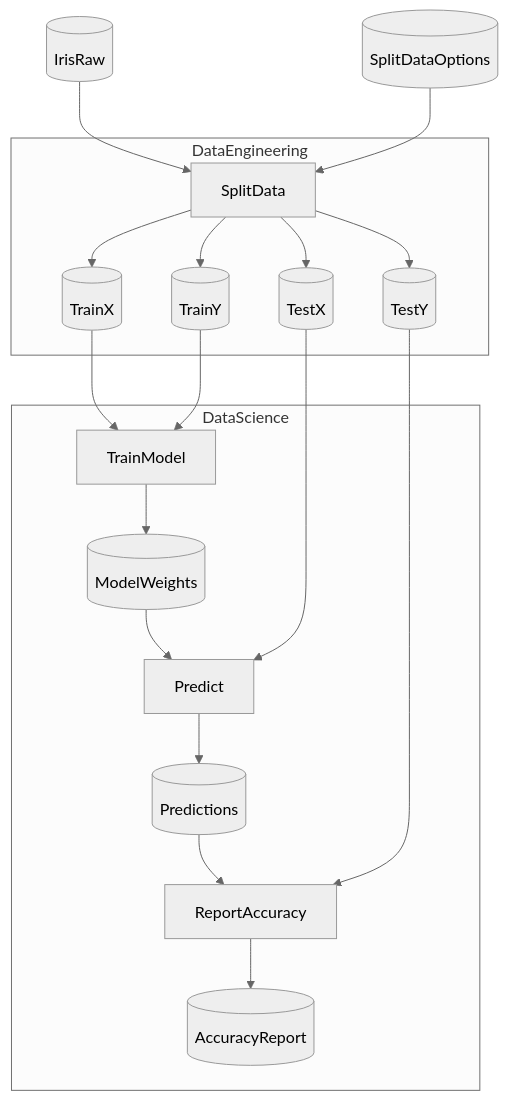
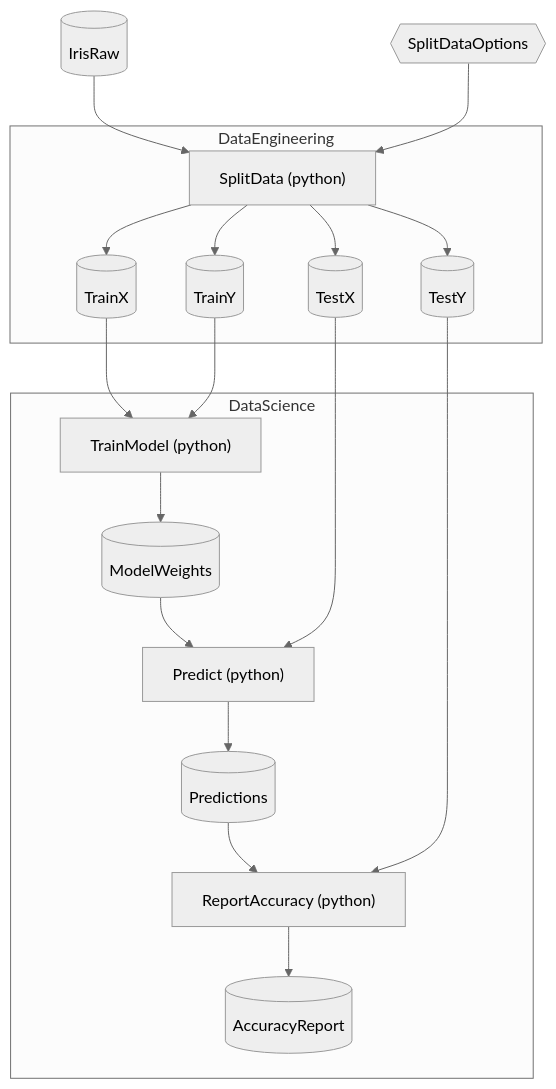
Before and after one commit to chaoticgoodcomputing/flowthru: the diagram in examples/starter/IrisPython/README.md, drawn with Mermaid (neutral theme). The commit also changed other lines of this file and 16 other files, not shown here.

Commit message:
docs: update README examples with new mermaid output

````diff
--- a/examples/starter/IrisPython/README.md
+++ b/examples/starter/IrisPython/README.md
@@ -42,42 +42,42 @@
 ```mermaid
 flowchart TB
 
     %% External Data Inputs
     IrisRaw[("IrisRaw")]
-    SplitDataOptions[("SplitDataOptions")]
+    SplitDataOptions{{"SplitDataOptions"}}
 
     subgraph DataEngineering["DataEngineering"]
-        SplitData["SplitData"]
+        SplitData["SplitData (python)"]
         TrainX[("TrainX")]
         TrainY[("TrainY")]
         TestX[("TestX")]
         TestY[("TestY")]
     end
 
     subgraph DataScience["DataScience"]
-        TrainModel["TrainModel"]
+        TrainModel["TrainModel (python)"]
         ModelWeights[("ModelWeights")]
-        Predict["Predict"]
+        Predict["Predict (python)"]
         Predictions[("Predictions")]
-        ReportAccuracy["ReportAccuracy"]
+        ReportAccuracy["ReportAccuracy (python)"]
         AccuracyReport[("AccuracyReport")]
     end
 
     %% Edges
     IrisRaw --> SplitData
     SplitDataOptions --> SplitData
     SplitData --> TrainX
     SplitData --> TrainY
     SplitData --> TestX
     SplitData --> TestY
     TrainX --> TrainModel
     TrainY --> TrainModel
     TrainModel --> ModelWeights
     ModelWeights --> Predict
     TestX --> Predict
     Predict --> Predictions
     Predictions --> ReportAccuracy
     TestY --> ReportAccuracy
     ReportAccuracy --> AccuracyReport
 
 ```
````
